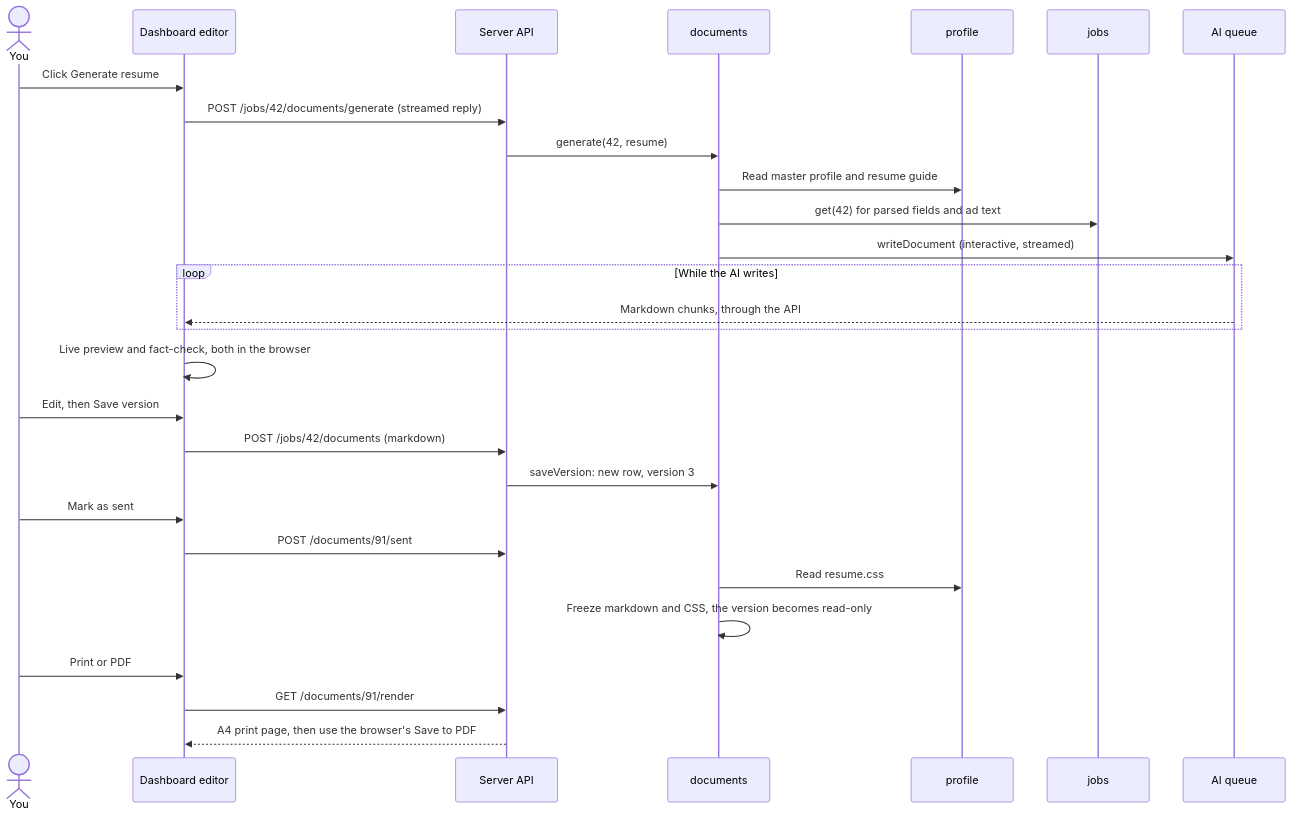
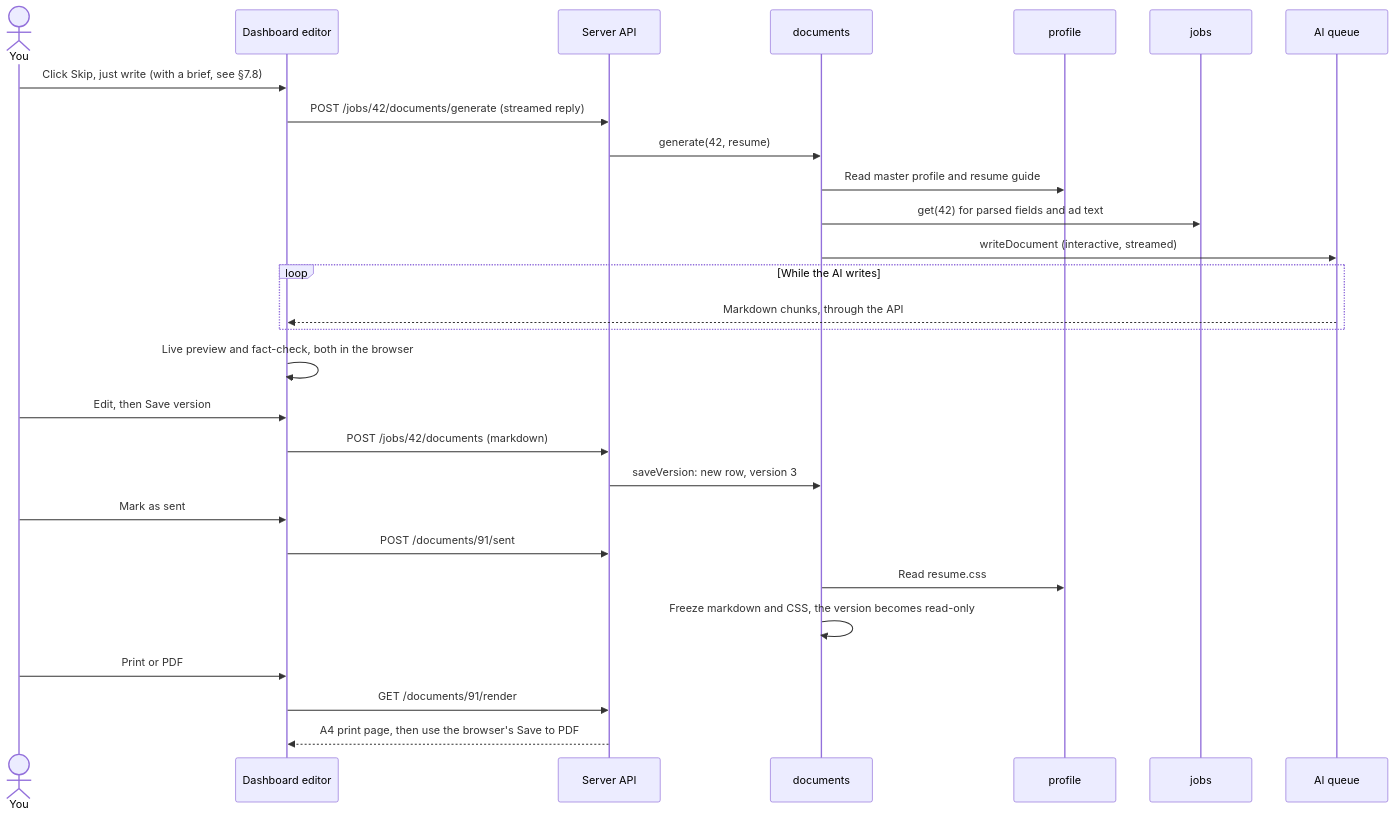
The seventh of 13 diagrams in docs/architecture.md (aximili/job-registry), drawn with Mermaid before and after one commit. The commit also changed other lines of this file and 132 other files, not shown here.

````diff
--- a/docs/architecture.md
+++ b/docs/architecture.md
@@ -620,31 +636,31 @@
 ```mermaid
 sequenceDiagram
   actor You
   participant UI as Dashboard editor
   participant API as Server API
   participant Docs as documents
   participant Prof as profile
   participant Jobs as jobs
   participant AI as AI queue
 
-  You->>UI: Click Generate resume
+  You->>UI: Click Skip, just write (with a brief, see §7.8)
   UI->>API: POST /jobs/42/documents/generate (streamed reply)
   API->>Docs: generate(42, resume)
   Docs->>Prof: Read master profile and resume guide
   Docs->>Jobs: get(42) for parsed fields and ad text
   Docs->>AI: writeDocument (interactive, streamed)
   loop While the AI writes
     AI-->>UI: Markdown chunks, through the API
   end
   UI->>UI: Live preview and fact-check, both in the browser
   You->>UI: Edit, then Save version
   UI->>API: POST /jobs/42/documents (markdown)
   API->>Docs: saveVersion: new row, version 3
   You->>UI: Mark as sent
   UI->>API: POST /documents/91/sent
   Docs->>Prof: Read resume.css
   Docs->>Docs: Freeze markdown and CSS, the version becomes read-only
   You->>UI: Print or PDF
   UI->>API: GET /documents/91/render
   API-->>UI: A4 print page, then use the browser's Save to PDF
 ```
````
